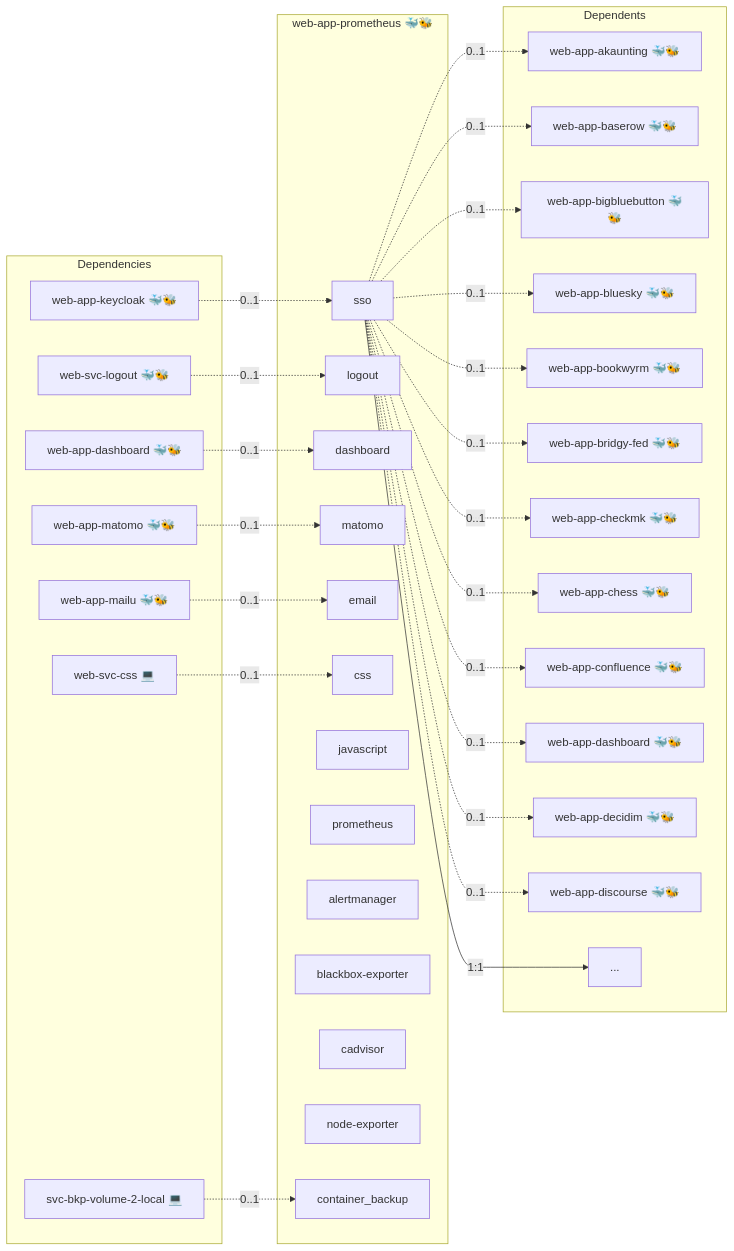
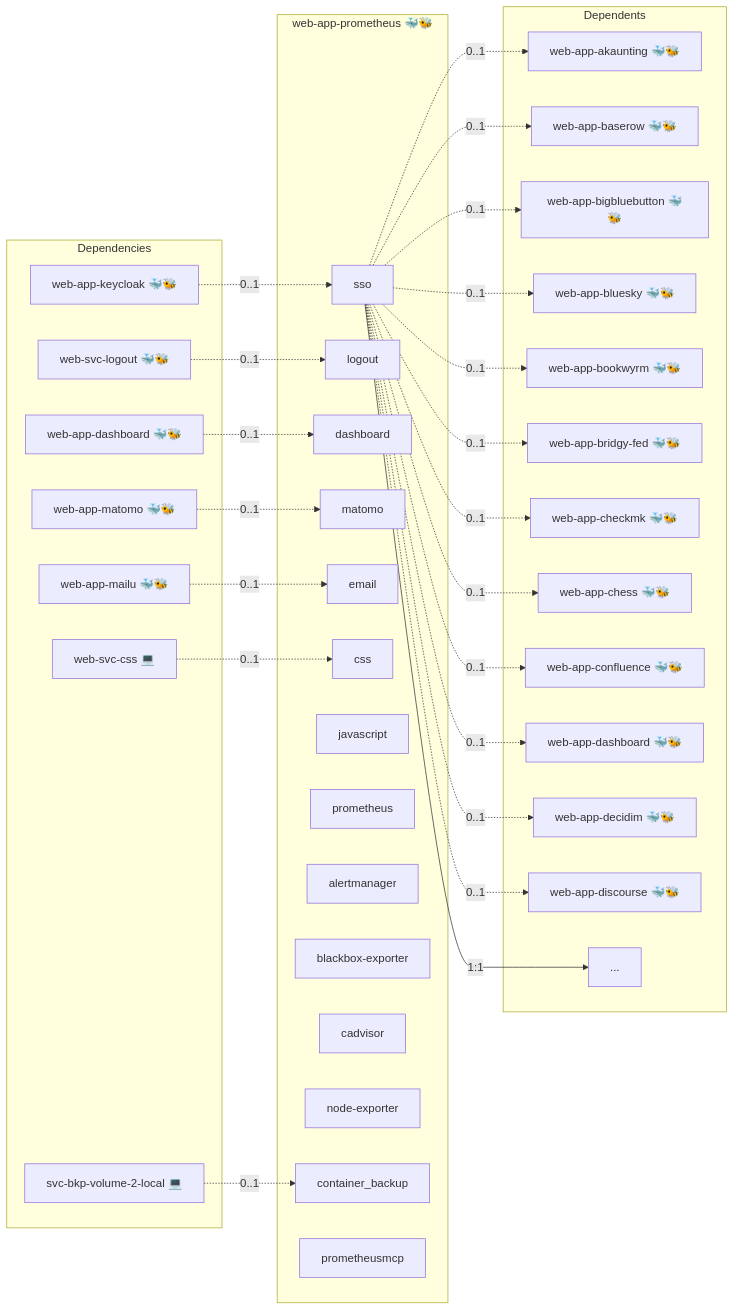
Before and after one commit to infinito-nexus/core: the diagram in roles/web-app-prometheus/README.md, drawn with Mermaid. The commit also changed 142 other files, not shown here.

````diff
--- a/roles/web-app-prometheus/README.md
+++ b/roles/web-app-prometheus/README.md
@@ -15,62 +15,63 @@
 ```mermaid
 flowchart LR
     subgraph deps [Dependencies]
         dep_svc_bkp_volume_2_local["svc-bkp-volume-2-local 💻"]
         dep_web_app_dashboard["web-app-dashboard 🐳🐝"]
         dep_web_app_keycloak["web-app-keycloak 🐳🐝"]
         dep_web_app_mailu["web-app-mailu 🐳🐝"]
         dep_web_app_matomo["web-app-matomo 🐳🐝"]
         dep_web_svc_css["web-svc-css 💻"]
         dep_web_svc_logout["web-svc-logout 🐳🐝"]
     end
     subgraph role [web-app-prometheus 🐳🐝]
         svc_sso["sso"]
         svc_logout["logout"]
         svc_dashboard["dashboard"]
         svc_matomo["matomo"]
         svc_email["email"]
         svc_css["css"]
         svc_javascript["javascript"]
         svc_prometheus["prometheus"]
         svc_alertmanager["alertmanager"]
         svc_blackbox_exporter["blackbox-exporter"]
         svc_cadvisor["cadvisor"]
         svc_node_exporter["node-exporter"]
         svc_container_backup["container_backup"]
+        svc_prometheusmcp["prometheusmcp"]
     end
     subgraph dependents [Dependents]
         dpt_web_app_akaunting["web-app-akaunting 🐳🐝"]
         dpt_web_app_baserow["web-app-baserow 🐳🐝"]
         dpt_web_app_bigbluebutton["web-app-bigbluebutton 🐳🐝"]
         dpt_web_app_bluesky["web-app-bluesky 🐳🐝"]
         dpt_web_app_bookwyrm["web-app-bookwyrm 🐳🐝"]
         dpt_web_app_bridgy_fed["web-app-bridgy-fed 🐳🐝"]
         dpt_web_app_checkmk["web-app-checkmk 🐳🐝"]
         dpt_web_app_chess["web-app-chess 🐳🐝"]
         dpt_web_app_confluence["web-app-confluence 🐳🐝"]
         dpt_web_app_dashboard["web-app-dashboard 🐳🐝"]
         dpt_web_app_decidim["web-app-decidim 🐳🐝"]
         dpt_web_app_discourse["web-app-discourse 🐳🐝"]
         dpt_more["..."]
     end
     dep_svc_bkp_volume_2_local -. "0..1" .-> svc_container_backup
     dep_web_app_dashboard -. "0..1" .-> svc_dashboard
     dep_web_app_keycloak -. "0..1" .-> svc_sso
     dep_web_app_mailu -. "0..1" .-> svc_email
     dep_web_app_matomo -. "0..1" .-> svc_matomo
     dep_web_svc_css -. "0..1" .-> svc_css
     dep_web_svc_logout -. "0..1" .-> svc_logout
     svc_sso -- "1:1" --> dpt_more
     svc_sso -. "0..1" .-> dpt_web_app_akaunting
     svc_sso -. "0..1" .-> dpt_web_app_baserow
     svc_sso -. "0..1" .-> dpt_web_app_bigbluebutton
     svc_sso -. "0..1" .-> dpt_web_app_bluesky
     svc_sso -. "0..1" .-> dpt_web_app_bookwyrm
     svc_sso -. "0..1" .-> dpt_web_app_bridgy_fed
     svc_sso -. "0..1" .-> dpt_web_app_checkmk
     svc_sso -. "0..1" .-> dpt_web_app_chess
     svc_sso -. "0..1" .-> dpt_web_app_confluence
     svc_sso -. "0..1" .-> dpt_web_app_dashboard
     svc_sso -. "0..1" .-> dpt_web_app_decidim
     svc_sso -. "0..1" .-> dpt_web_app_discourse
 ```
````
